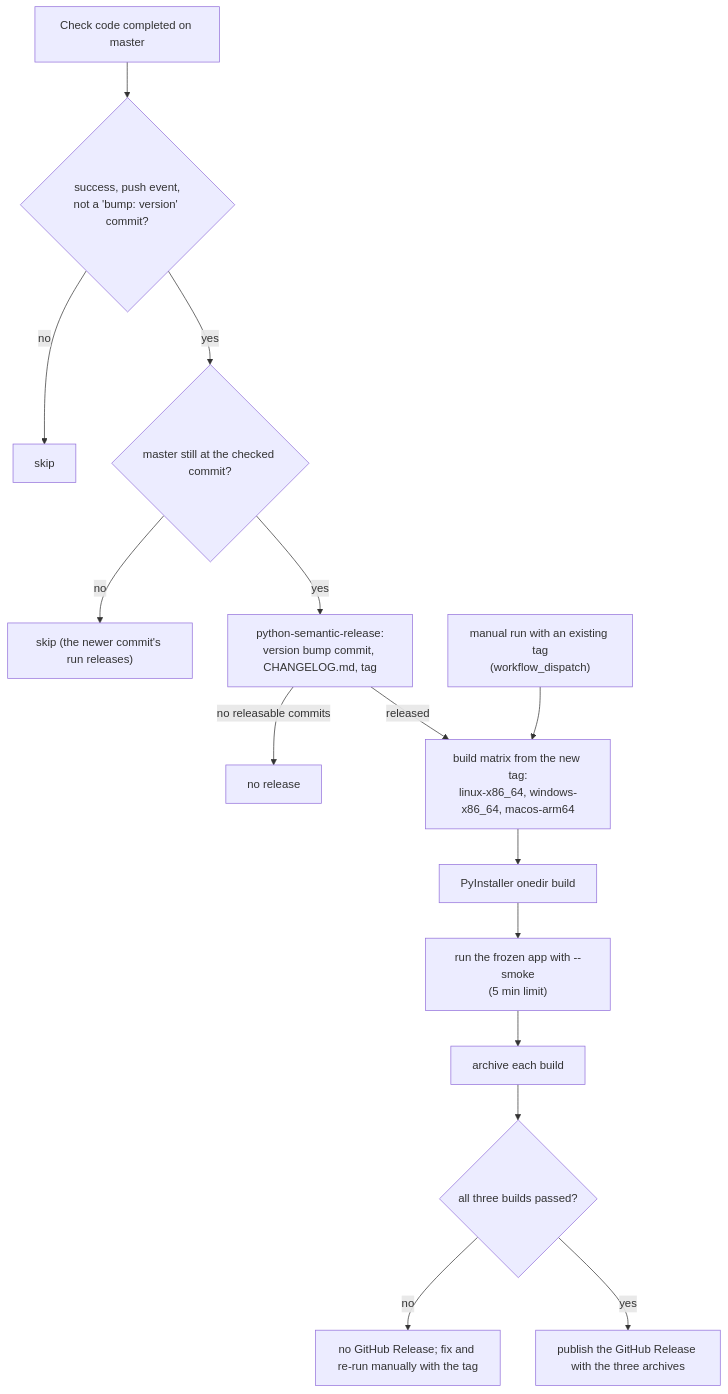
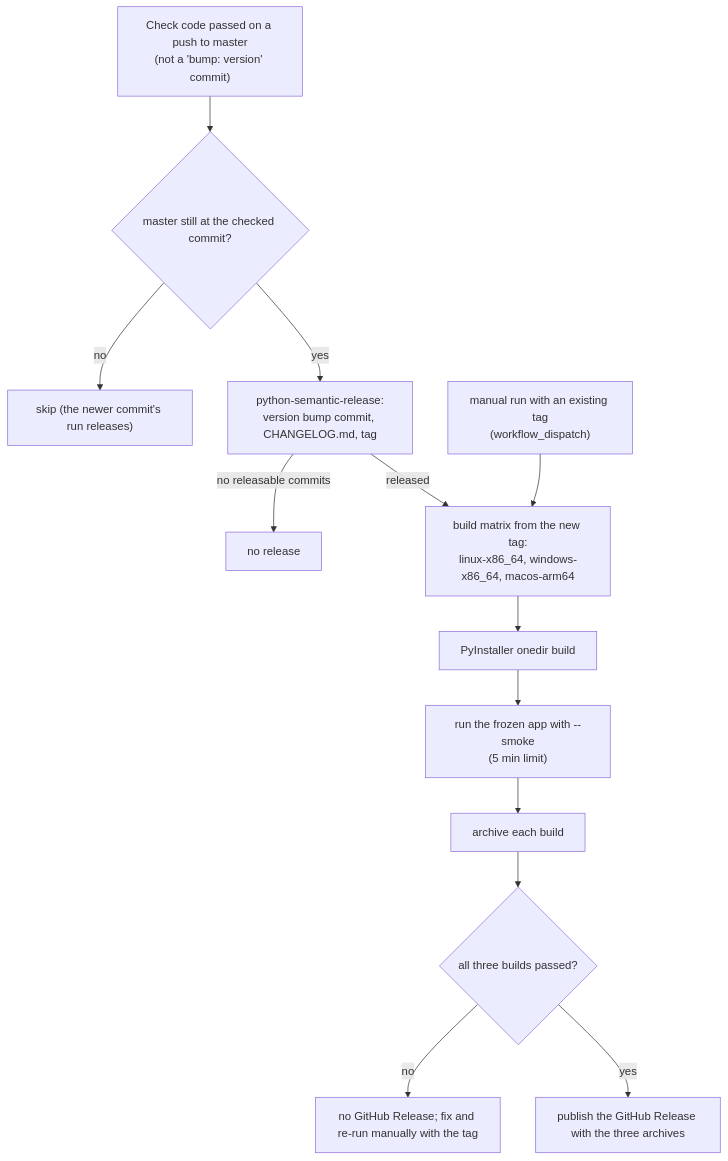
The third of 3 diagrams in docs/flows.md (cristianat98/Scientific-Calculator), drawn with Mermaid before and after one commit. The commit also changed other lines of this file and 9 other files, not shown here.

````diff
--- a/docs/flows.md
+++ b/docs/flows.md
@@ -33,17 +34,15 @@
 ```mermaid
 flowchart TB
-  done["Check code completed on master"] --> ok{"success, push event,<br/>not a 'bump: version' commit?"}
-  ok -->|no| skip1["skip"]
-  ok -->|yes| tip{"master still at the checked commit?"}
+  done["Check code passed on a push to master<br/>(not a 'bump: version' commit)"] --> tip{"master still at the checked commit?"}
   tip -->|no| skip2["skip (the newer commit's run releases)"]
   tip -->|yes| psr["python-semantic-release:<br/>version bump commit, CHANGELOG.md, tag"]
   psr -->|no releasable commits| skip3["no release"]
   psr -->|released| matrix["build matrix from the new tag:<br/>linux-x86_64, windows-x86_64, macos-arm64"]
   dispatch["manual run with an existing tag<br/>(workflow_dispatch)"] --> matrix
   matrix --> build["PyInstaller onedir build"]
   build --> smoke["run the frozen app with --smoke<br/>(5 min limit)"]
   smoke --> archive["archive each build"]
   archive --> all{"all three builds passed?"}
   all -->|no| norelease["no GitHub Release; fix and re-run manually with the tag"]
   all -->|yes| publish["publish the GitHub Release with the three archives"]
 ```
````
